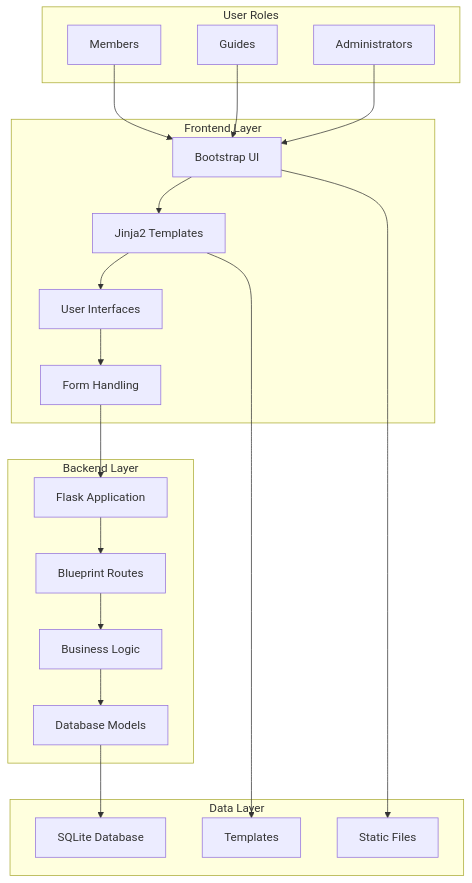
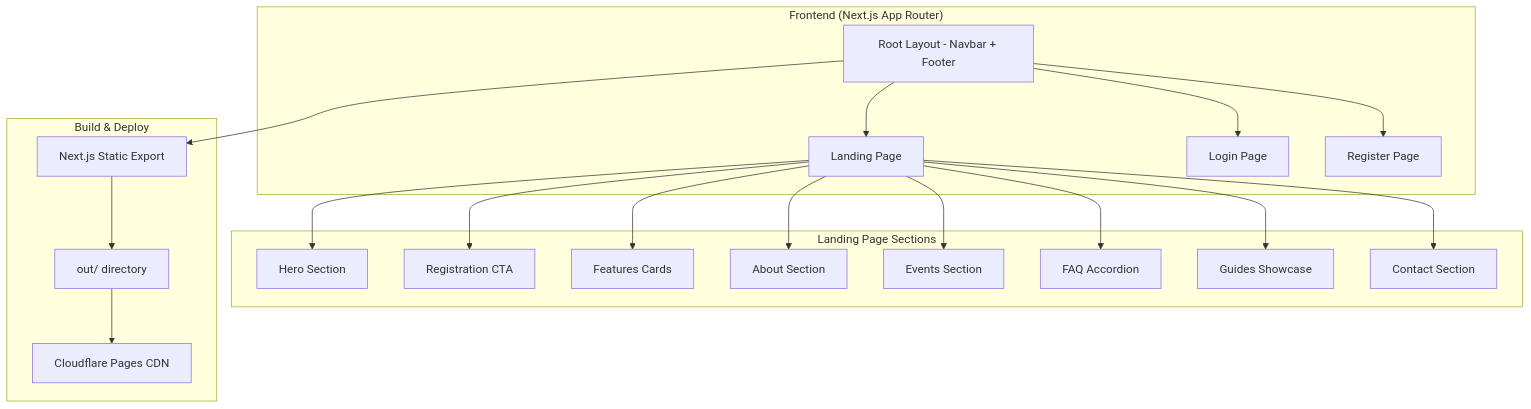
The diagram in README.md (ChanMeng666/fishing-club-project), drawn with Mermaid before and after one commit. The commit also changed other lines of this file and 71 other files, not shown here.

First line of the commit message:
feat: migrate from Flask to Next.js with Tailwind CSS and deploy on Cloudflare Pages

````diff
--- a/README.md
+++ b/README.md
@@ -271,35 +214,26 @@
 ```mermaid
 graph TB
-    subgraph "Frontend Layer"
-        A[Bootstrap UI] --> B[Jinja2 Templates]
-        B --> C[User Interfaces]
-        C --> D[Form Handling]
+    subgraph "Frontend (Next.js App Router)"
+        A[Root Layout - Navbar + Footer] --> B[Landing Page]
+        A --> C[Login Page]
+        A --> D[Register Page]
     end
-    
-    subgraph "Backend Layer"
-        E[Flask Application] --> F[Blueprint Routes]
-        F --> G[Business Logic]
-        G --> H[Database Models]
+
+    subgraph "Landing Page Sections"
+        B --> B1[Hero Section]
+        B --> B2[Registration CTA]
+        B --> B3[Features Cards]
+        B --> B4[About Section]
+        B --> B5[Events Section]
+        B --> B6[FAQ Accordion]
+        B --> B7[Guides Showcase]
+        B --> B8[Contact Section]
     end
-    
-    subgraph "Data Layer"
-        I[SQLite Database]
-        J[Static Files]
-        K[Templates]
+
+    subgraph "Build & Deploy"
+        E[Next.js Static Export] --> F[out/ directory]
+        F --> G[Cloudflare Pages CDN]
     end
-    
-    D --> E
-    H --> I
-    B --> K
-    A --> J
-    
-    subgraph "User Roles"
-        L[Members]
-        M[Guides]
-        N[Administrators]
-    end
-    
-    L --> A
-    M --> A
-    N --> A
+
+    A --> E
 ```
````
